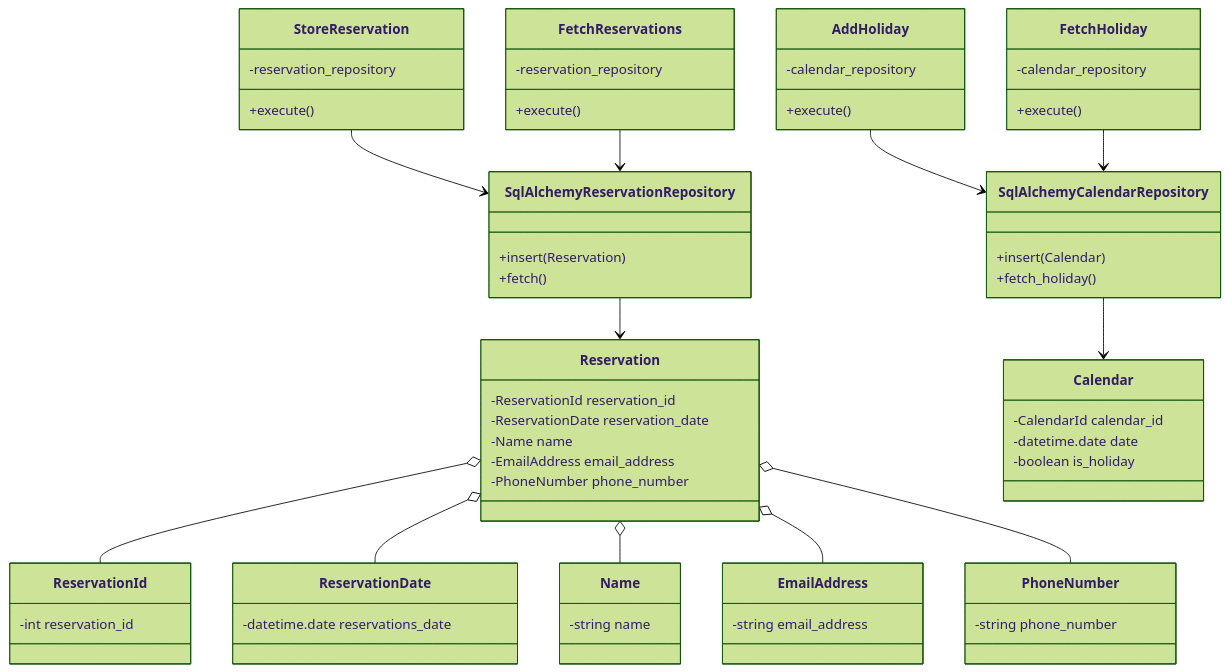
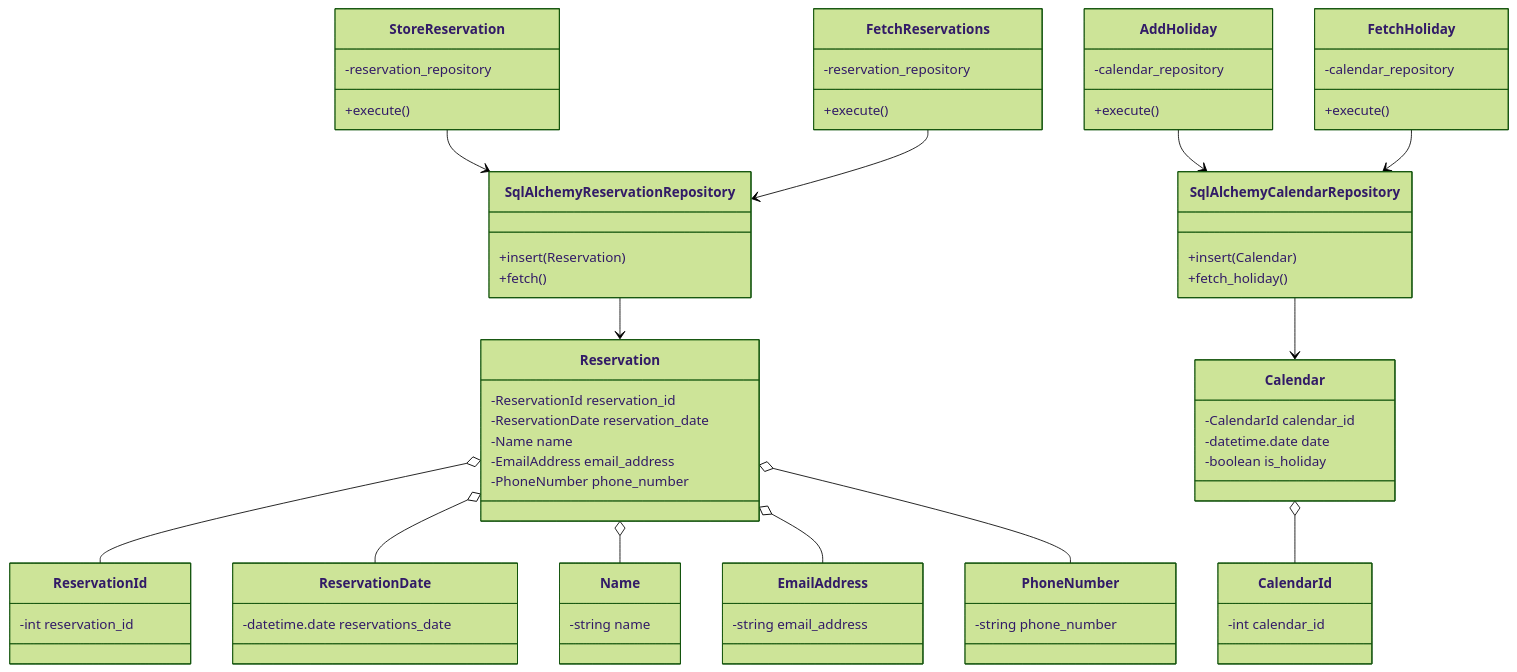
Before and after one commit to nakajima97/fastapi-react-reservation-form-object-oriented: the diagram in documents/api-class-diagram.md, drawn with Mermaid (forest theme).

Commit message:
#17 CalendarIdクラスが図から抜けていたので追加

````diff
--- a/documents/api-class-diagram.md
+++ b/documents/api-class-diagram.md
@@ -1,71 +1,76 @@
 ```mermaid
 classDiagram
     StoreReservation --> SqlAlchemyReservationRepository
     class StoreReservation{
       -reservation_repository
       +execute()
     }
 
     FetchReservations --> SqlAlchemyReservationRepository
     class FetchReservations {
       -reservation_repository
       +execute()
     }
 
     SqlAlchemyReservationRepository --> Reservation
     class SqlAlchemyReservationRepository{
       +insert(Reservation)
       +fetch()
     }
 
     Reservation o-- ReservationId
     Reservation o-- ReservationDate
     Reservation o-- Name
     Reservation o-- EmailAddress
     Reservation o-- PhoneNumber
     class Reservation{
       -ReservationId reservation_id
       -ReservationDate reservation_date
       -Name name
       -EmailAddress email_address
       -PhoneNumber phone_number
     }
     class ReservationId{
       -int reservation_id
     }
     class ReservationDate{
       -datetime.date reservations_date
     }
     class Name{
       -string name
     }
     class EmailAddress{
       -string email_address
     }
     class PhoneNumber{
       -string phone_number
     }
 
     AddHoliday --> SqlAlchemyCalendarRepository
     class AddHoliday{
       -calendar_repository
       +execute()
     }
 
     FetchHoliday --> SqlAlchemyCalendarRepository
     class FetchHoliday{
       -calendar_repository
       +execute()
     }
 
     SqlAlchemyCalendarRepository --> Calendar
     class SqlAlchemyCalendarRepository{
       +insert(Calendar)
       +fetch_holiday()
     }
+
+    Calendar o-- CalendarId
     class Calendar{
       -CalendarId calendar_id
       -datetime.date date
       -boolean is_holiday
     }
+    class CalendarId{
+      -int calendar_id
+    }
 ```
````
